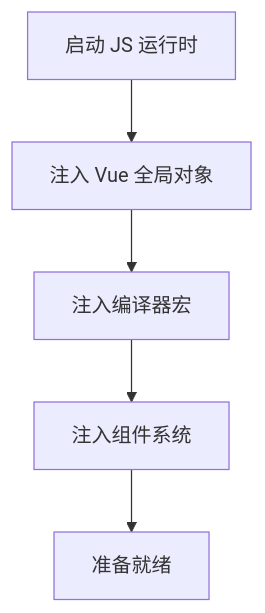
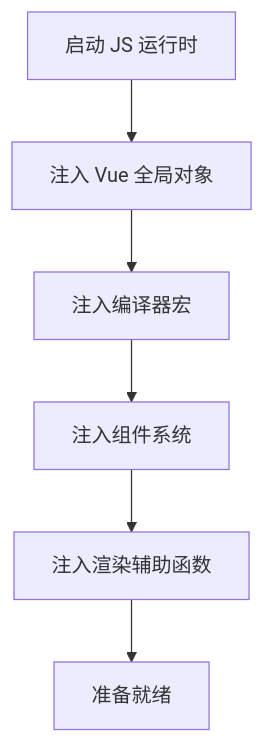
Diagram 11 of 17 in .qoder/repowiki/zh/content/技术架构详解/即时转译系统/SFC编译器初始化机制/Vue 3 Script Setup 支持.md (itszzl-sudo/iris), drawn with Mermaid before and after one commit. The commit also changed other lines of this file and 8 other files, not shown here.

````diff
--- a/.qoder/repowiki/zh/content/技术架构详解/即时转译系统/SFC编译器初始化机制/Vue 3 Script Setup 支持.md
+++ b/.qoder/repowiki/zh/content/技术架构详解/即时转译系统/SFC编译器初始化机制/Vue 3 Script Setup 支持.md
@@ -478,7 +568,8 @@
 ```mermaid
 flowchart TD
 A[启动 JS 运行时] --> B[注入 Vue 全局对象]
 B --> C[注入编译器宏]
 C --> D[注入组件系统]
-D --> E[准备就绪]
+D --> E[注入渲染辅助函数]
+E --> F[准备就绪]
 ```
````
